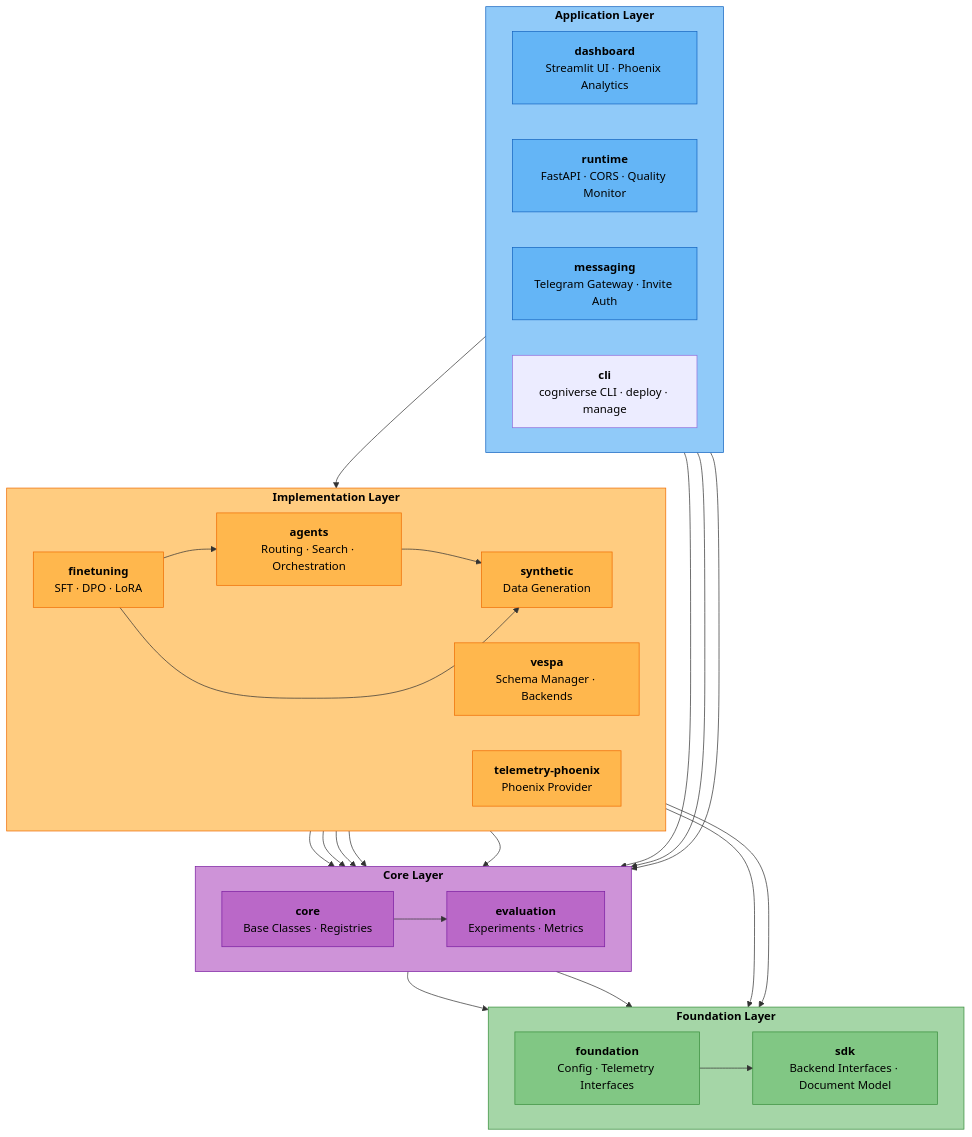
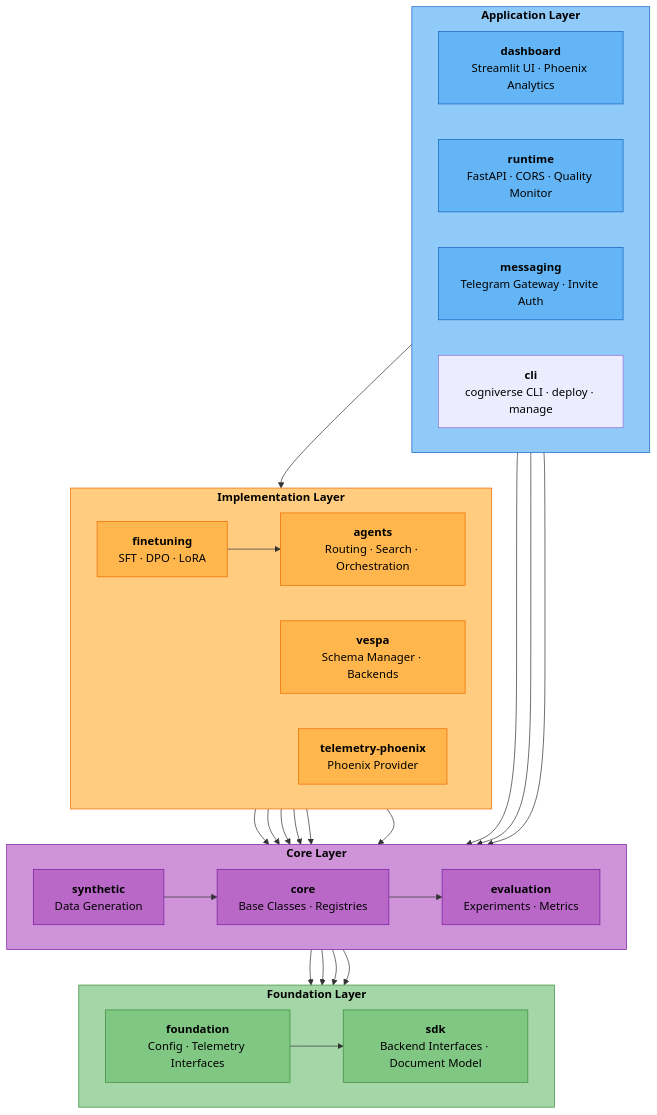
One commit to amit-jain/cogniverse changed the first of 6 diagrams in docs/architecture/overview.md. Above: the diagram before and after it, drawn with Mermaid. The commit also changed other lines of this file and 1 other file, not shown here.

Commit message:
Update architecture package graphs

````diff
--- a/docs/architecture/overview.md
+++ b/docs/architecture/overview.md
@@ -172,73 +172,73 @@
 ```mermaid
 flowchart TB
     subgraph Application["<span style='color:#000'><b>Application Layer</b></span>"]
         direction LR
         dashboard["<span style='color:#000'><b>dashboard</b><br/>Streamlit UI · Phoenix Analytics</span>"]
         runtime["<span style='color:#000'><b>runtime</b><br/>FastAPI · CORS · Quality Monitor</span>"]
         messaging["<span style='color:#000'><b>messaging</b><br/>Telegram Gateway · Invite Auth</span>"]
         cli["<span style='color:#000'><b>cli</b><br/>cogniverse CLI · deploy · manage</span>"]
     end
 
     subgraph Implementation["<span style='color:#000'><b>Implementation Layer</b></span>"]
         direction LR
         agents["<span style='color:#000'><b>agents</b><br/>Routing · Search · Orchestration</span>"]
         vespa["<span style='color:#000'><b>vespa</b><br/>Schema Manager · Backends</span>"]
         finetuning["<span style='color:#000'><b>finetuning</b><br/>SFT · DPO · LoRA</span>"]
         telemetry["<span style='color:#000'><b>telemetry-phoenix</b><br/>Phoenix Provider</span>"]
-        synthetic["<span style='color:#000'><b>synthetic</b><br/>Data Generation</span>"]
     end
 
     subgraph Core["<span style='color:#000'><b>Core Layer</b></span>"]
         direction LR
         core["<span style='color:#000'><b>core</b><br/>Base Classes · Registries</span>"]
         evaluation["<span style='color:#000'><b>evaluation</b><br/>Experiments · Metrics</span>"]
+        synthetic["<span style='color:#000'><b>synthetic</b><br/>Data Generation</span>"]
     end
 
     subgraph Foundation["<span style='color:#000'><b>Foundation Layer</b></span>"]
         direction LR
         foundation["<span style='color:#000'><b>foundation</b><br/>Config · Telemetry Interfaces</span>"]
         sdk["<span style='color:#000'><b>sdk</b><br/>Backend Interfaces · Document Model</span>"]
     end
 
     dashboard --> agents
     dashboard --> evaluation
     runtime --> core
     messaging --> core
 
     agents --> core
     agents --> synthetic
     vespa --> core
     finetuning --> agents
     finetuning --> synthetic
     telemetry --> core
     telemetry --> evaluation
     synthetic --> core
     synthetic --> foundation
 
     core --> evaluation
     core --> foundation
     evaluation --> foundation
     synthetic --> sdk
     foundation --> sdk
 
     style Application fill:#90caf9,stroke:#1565c0,color:#000
     style Implementation fill:#ffcc80,stroke:#ef6c00,color:#000
     style Core fill:#ce93d8,stroke:#7b1fa2,color:#000
     style Foundation fill:#a5d6a7,stroke:#388e3c,color:#000
 
     style dashboard fill:#64b5f6,stroke:#1565c0,color:#000
     style runtime fill:#64b5f6,stroke:#1565c0,color:#000
     style messaging fill:#64b5f6,stroke:#1565c0,color:#000
 
     style agents fill:#ffb74d,stroke:#ef6c00,color:#000
     style vespa fill:#ffb74d,stroke:#ef6c00,color:#000
     style finetuning fill:#ffb74d,stroke:#ef6c00,color:#000
     style telemetry fill:#ffb74d,stroke:#ef6c00,color:#000
-    style synthetic fill:#ffb74d,stroke:#ef6c00,color:#000
 
     style evaluation fill:#ba68c8,stroke:#7b1fa2,color:#000
     style core fill:#ba68c8,stroke:#7b1fa2,color:#000
+    style synthetic fill:#ba68c8,stroke:#7b1fa2,color:#000
 
     style foundation fill:#81c784,stroke:#388e3c,color:#000
     style sdk fill:#81c784,stroke:#388e3c,color:#000
 ```
````
